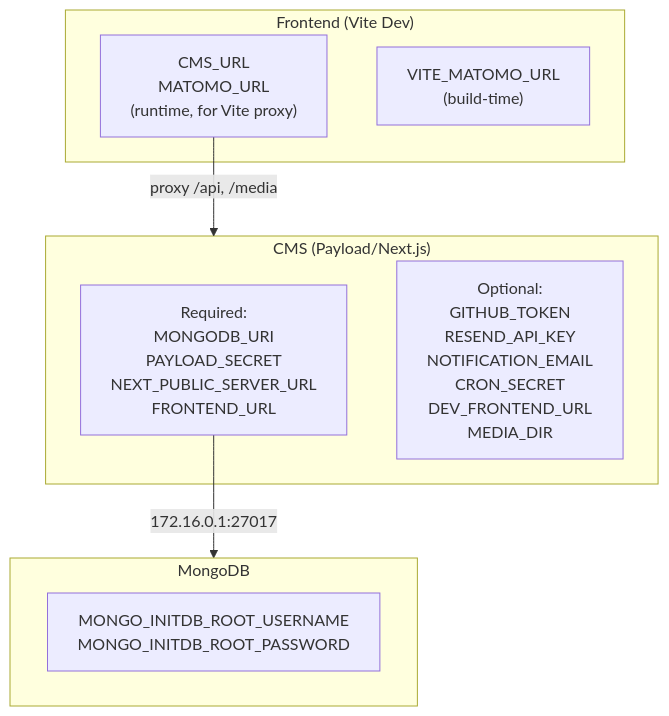
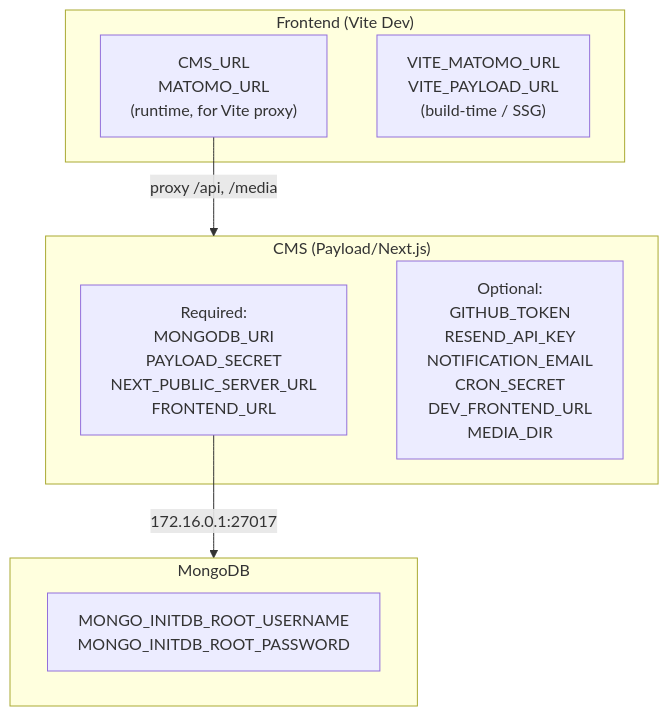
One commit to galengreen/galen.green changed the diagram in docs/ENVIRONMENT.md. Above: the diagram before and after it, drawn with Mermaid. The commit also changed other lines of this file and 39 other files, not shown here.

````diff
--- a/docs/ENVIRONMENT.md
+++ b/docs/ENVIRONMENT.md
@@ -7,19 +7,19 @@
 ```mermaid
 flowchart TB
     subgraph Frontend["Frontend (Vite Dev)"]
         FE_ENV["CMS_URL<br/>MATOMO_URL<br/>(runtime, for Vite proxy)"]
-        FE_BUILD["VITE_MATOMO_URL<br/>(build-time)"]
+        FE_BUILD["VITE_MATOMO_URL<br/>VITE_PAYLOAD_URL<br/>(build-time / SSG)"]
     end
 
     subgraph CMS["CMS (Payload/Next.js)"]
         CMS_REQ["Required:<br/>MONGODB_URI<br/>PAYLOAD_SECRET<br/>NEXT_PUBLIC_SERVER_URL<br/>FRONTEND_URL"]
         CMS_OPT["Optional:<br/>GITHUB_TOKEN<br/>RESEND_API_KEY<br/>NOTIFICATION_EMAIL<br/>CRON_SECRET<br/>DEV_FRONTEND_URL<br/>MEDIA_DIR"]
     end
 
     subgraph MongoDB["MongoDB"]
         DB_ENV["MONGO_INITDB_ROOT_USERNAME<br/>MONGO_INITDB_ROOT_PASSWORD"]
     end
 
     FE_ENV -->|"proxy /api, /media"| CMS
     CMS_REQ -->|"172.16.0.1:27017"| MongoDB
 ```
````
